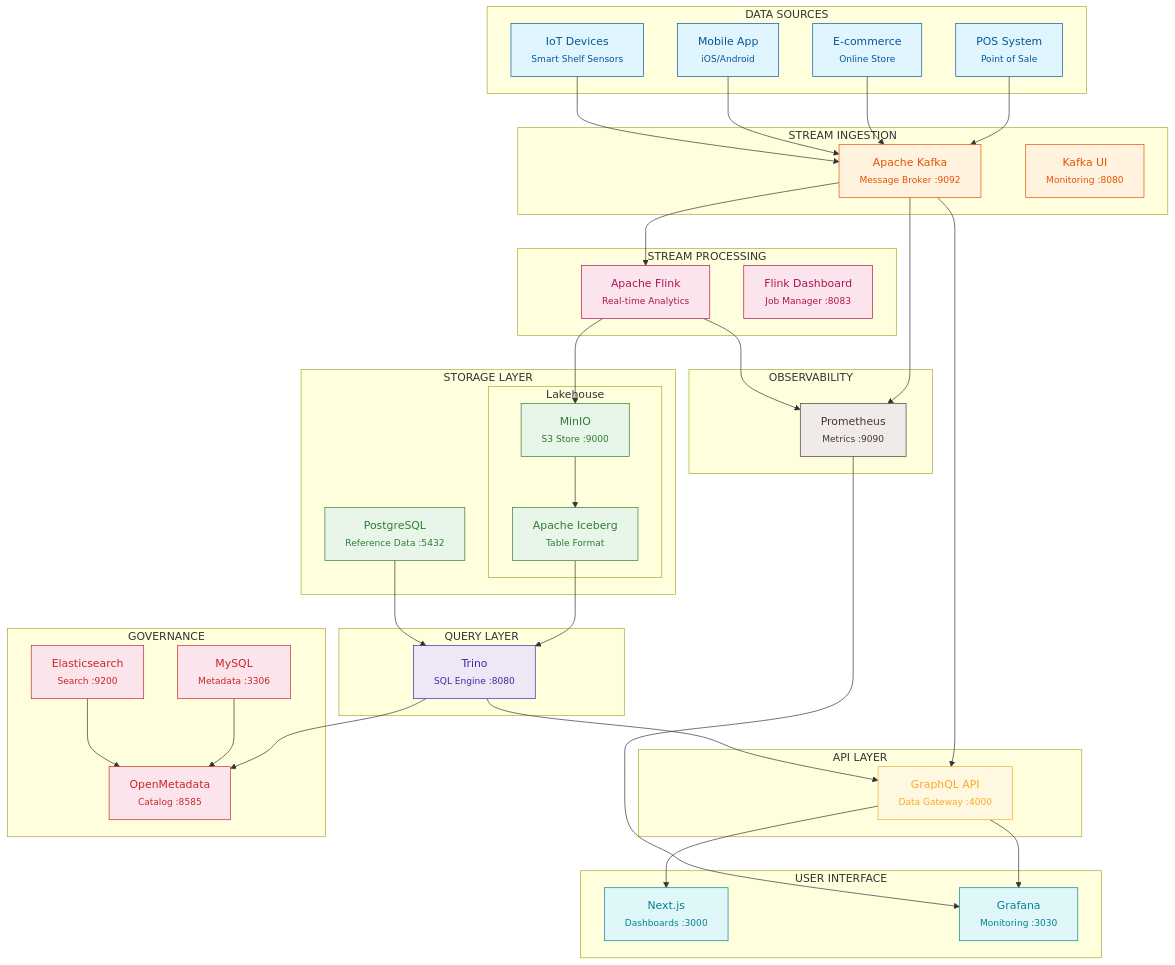
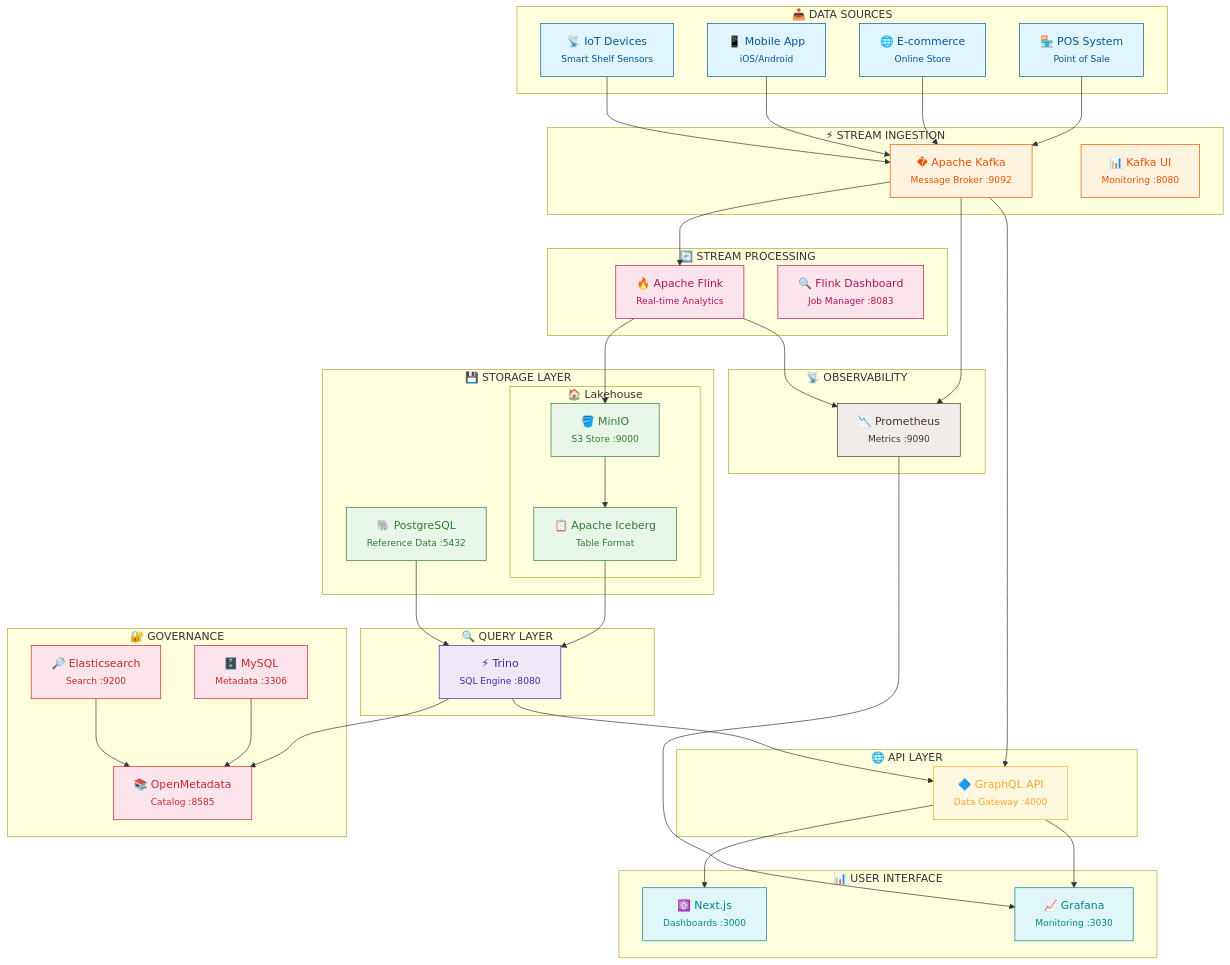
Before and after one commit to Yogi776/Enterprise-Retail-Streaming-Platform: the first of 8 diagrams in README.md, drawn with Mermaid. The commit also changed other lines of this file and 83 other files, not shown here.

````diff
--- a/README.md
+++ b/README.md
@@ -63,51 +63,51 @@
 ```mermaid
 flowchart TB
-    subgraph Sources["DATA SOURCES"]
-        POS["POS System<br/><small>Point of Sale</small>"]
-        WEB["E-commerce<br/><small>Online Store</small>"]
-        MOB["Mobile App<br/><small>iOS/Android</small>"]
-        IOT["IoT Devices<br/><small>Smart Shelf Sensors</small>"]
+    subgraph Sources["📥 DATA SOURCES"]
+        POS["🏪 POS System<br/><small>Point of Sale</small>"]
+        WEB["🌐 E-commerce<br/><small>Online Store</small>"]
+        MOB["📱 Mobile App<br/><small>iOS/Android</small>"]
+        IOT["📡 IoT Devices<br/><small>Smart Shelf Sensors</small>"]
     end
 
-    subgraph Ingestion["STREAM INGESTION"]
-        KAFKA["Apache Kafka<br/><small>Message Broker :9092</small>"]
-        KAFKA_UI["Kafka UI<br/><small>Monitoring :8080</small>"]
+    subgraph Ingestion["⚡ STREAM INGESTION"]
+        KAFKA["� Apache Kafka<br/><small>Message Broker :9092</small>"]
+        KAFKA_UI["📊 Kafka UI<br/><small>Monitoring :8080</small>"]
     end
 
-    subgraph Processing["STREAM PROCESSING"]
-        FLINK["Apache Flink<br/><small>Real-time Analytics</small>"]
-        FLINK_UI["Flink Dashboard<br/><small>Job Manager :8083</small>"]
+    subgraph Processing["🔄 STREAM PROCESSING"]
+        FLINK["🔥 Apache Flink<br/><small>Real-time Analytics</small>"]
+        FLINK_UI["🔍 Flink Dashboard<br/><small>Job Manager :8083</small>"]
     end
 
-    subgraph Storage["STORAGE LAYER"]
-        subgraph Lakehouse["Lakehouse"]
-            MINIO["MinIO<br/><small>S3 Store :9000</small>"]
-            ICEBERG["Apache Iceberg<br/><small>Table Format</small>"]
+    subgraph Storage["💾 STORAGE LAYER"]
+        subgraph Lakehouse["🏠 Lakehouse"]
+            MINIO["🪣 MinIO<br/><small>S3 Store :9000</small>"]
+            ICEBERG["📋 Apache Iceberg<br/><small>Table Format</small>"]
         end
-        PG["PostgreSQL<br/><small>Reference Data :5432</small>"]
+        PG["🐘 PostgreSQL<br/><small>Reference Data :5432</small>"]
     end
 
-    subgraph Query["QUERY LAYER"]
-        TRINO["Trino<br/><small>SQL Engine :8080</small>"]
+    subgraph Query["🔍 QUERY LAYER"]
+        TRINO["⚡ Trino<br/><small>SQL Engine :8080</small>"]
     end
 
-    subgraph Serving["API LAYER"]
-        GQL["GraphQL API<br/><small>Data Gateway :4000</small>"]
+    subgraph Serving["🌐 API LAYER"]
+        GQL["🔷 GraphQL API<br/><small>Data Gateway :4000</small>"]
     end
 
-    subgraph UI["USER INTERFACE"]
-        NEXT["Next.js<br/><small>Dashboards :3000</small>"]
-        GRAFANA["Grafana<br/><small>Monitoring :3030</small>"]
+    subgraph UI["📊 USER INTERFACE"]
+        NEXT["⚛️ Next.js<br/><small>Dashboards :3000</small>"]
+        GRAFANA["📈 Grafana<br/><small>Monitoring :3030</small>"]
     end
 
-    subgraph Governance["GOVERNANCE"]
-        OM["OpenMetadata<br/><small>Catalog :8585</small>"]
-        ELK["Elasticsearch<br/><small>Search :9200</small>"]
-        MYSQL["MySQL<br/><small>Metadata :3306</small>"]
+    subgraph Governance["🔐 GOVERNANCE"]
+        OM["📚 OpenMetadata<br/><small>Catalog :8585</small>"]
+        ELK["🔎 Elasticsearch<br/><small>Search :9200</small>"]
+        MYSQL["🗄️ MySQL<br/><small>Metadata :3306</small>"]
     end
 
-    subgraph Observability["OBSERVABILITY"]
-        PROM["Prometheus<br/><small>Metrics :9090</small>"]
+    subgraph Observability["📡 OBSERVABILITY"]
+        PROM["📉 Prometheus<br/><small>Metrics :9090</small>"]
     end
 
     %% Data Flow
````
